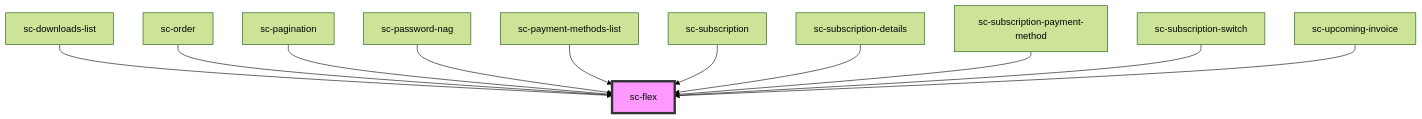
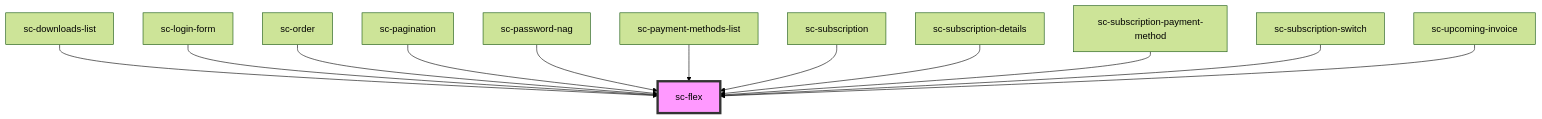
Before and after one commit to surecart/surecart-wp-plugin: the diagram in packages/components/src/components/ui/flex/readme.md, drawn with Mermaid (forest theme). The commit also changed other lines of this file and 2 other files, not shown here.

Commit message:
Fix login form.

````diff
--- a/packages/components/src/components/ui/flex/readme.md
+++ b/packages/components/src/components/ui/flex/readme.md
@@ -43,14 +44,15 @@
 ```mermaid
 graph TD;
   sc-downloads-list --> sc-flex
+  sc-login-form --> sc-flex
   sc-order --> sc-flex
   sc-pagination --> sc-flex
   sc-password-nag --> sc-flex
   sc-payment-methods-list --> sc-flex
   sc-subscription --> sc-flex
   sc-subscription-details --> sc-flex
   sc-subscription-payment-method --> sc-flex
   sc-subscription-switch --> sc-flex
   sc-upcoming-invoice --> sc-flex
   style sc-flex fill:#f9f,stroke:#333,stroke-width:4px
 ```
````
